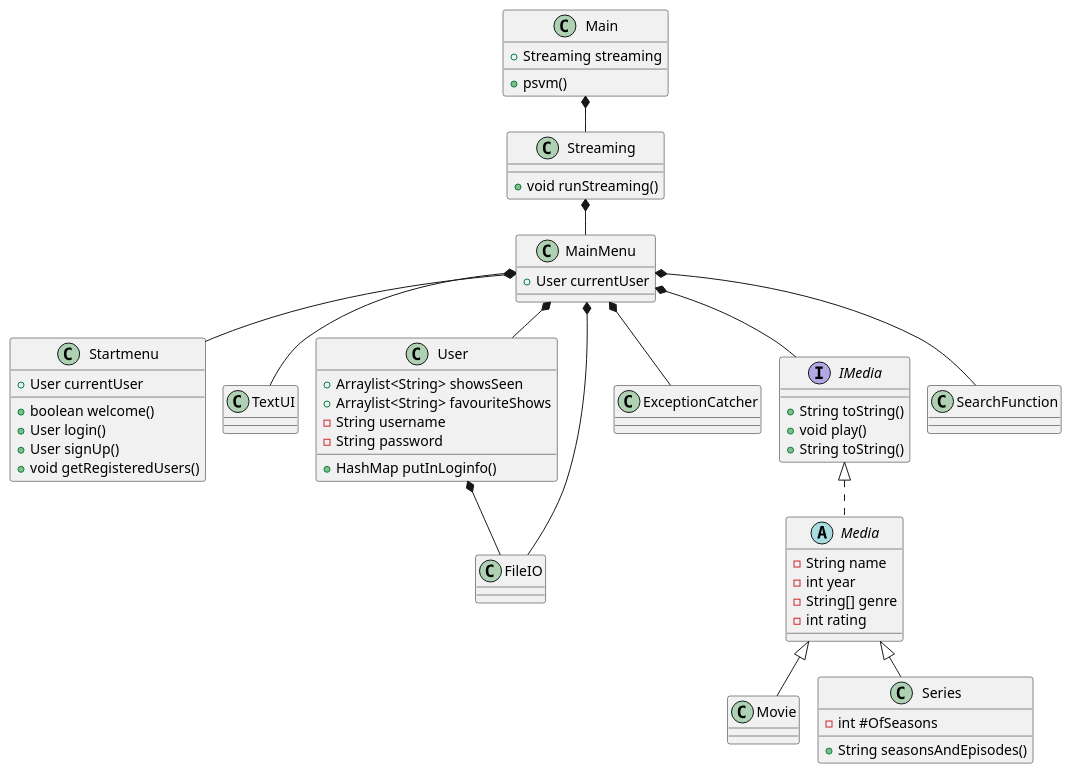
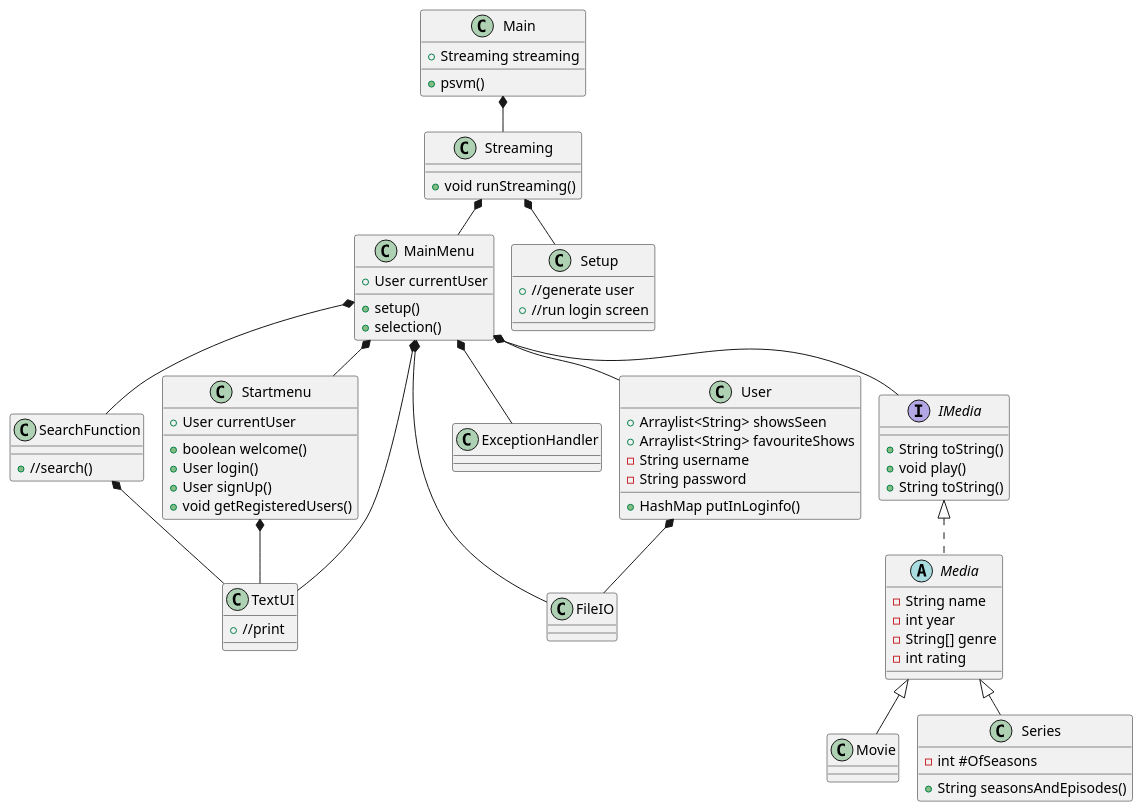
The diagram in SP03/.idea/Class Diagram.puml (Sebbedeb/SP3---Streaming-Service), drawn with PlantUML before and after one commit.

Commit message:
Update Class Diagram.puml

```diff
--- a/SP03/.idea/Class Diagram.puml
+++ b/SP03/.idea/Class Diagram.puml
@@ -1,66 +1,76 @@
 @startuml
 'https://plantuml.com/class-diagram
 !pragma layout smetana
 
 class Main
 class MainMenu
 class Startmenu
 class TextUI
 class User
 class FileIO
-class ExceptionCatcher
+class ExceptionHandler
 abstract class Media implements IMedia
 class Movie extends Media
 class Series extends Media
 class SearchFunction
 class MainMenu
 class Streaming
+class Setup
 
 Main *-- Streaming
+Streaming *-- Setup
 Streaming *-- MainMenu
 MainMenu *-- Startmenu
 MainMenu *--TextUI
-MainMenu *-- ExceptionCatcher
+MainMenu *-- ExceptionHandler
 MainMenu *-- FileIO
 MainMenu *-- User
 MainMenu *-- IMedia
 MainMenu *-- SearchFunction
 User *-- FileIO
+SearchFunction *-- TextUI
+Startmenu *-- TextUI
 
 Main : +psvm()
 Main : +Streaming streaming
-
 MainMenu : + User currentUser
+MainMenu : + setup()
+MainMenu : + selection()
 Streaming : + void runStreaming()
 
+Setup : + //generate user
+Setup : + //run login screen
+
+SearchFunction : +//search()
 
 Startmenu : + User currentUser
 Startmenu : + boolean welcome()
 Startmenu : + User login()
 Startmenu : + User signUp()
 Startmenu : + void getRegisteredUsers()
 
 User : + Arraylist<String> showsSeen
 User : + Arraylist<String> favouriteShows
 User : - String username
 User : - String password
 User : + HashMap putInLoginfo()
 
 
 IMedia : + String toString()
 IMedia : + void play()
 IMedia : + String toString()
+TextUI : + //print
 
 
 Media : -String name
 Media : -int year
 Media : -String[] genre
 Media : -int rating
 
 Series : - int #OfSeasons
 Series : + String seasonsAndEpisodes()
 
 
 
 
 @enduml
```
